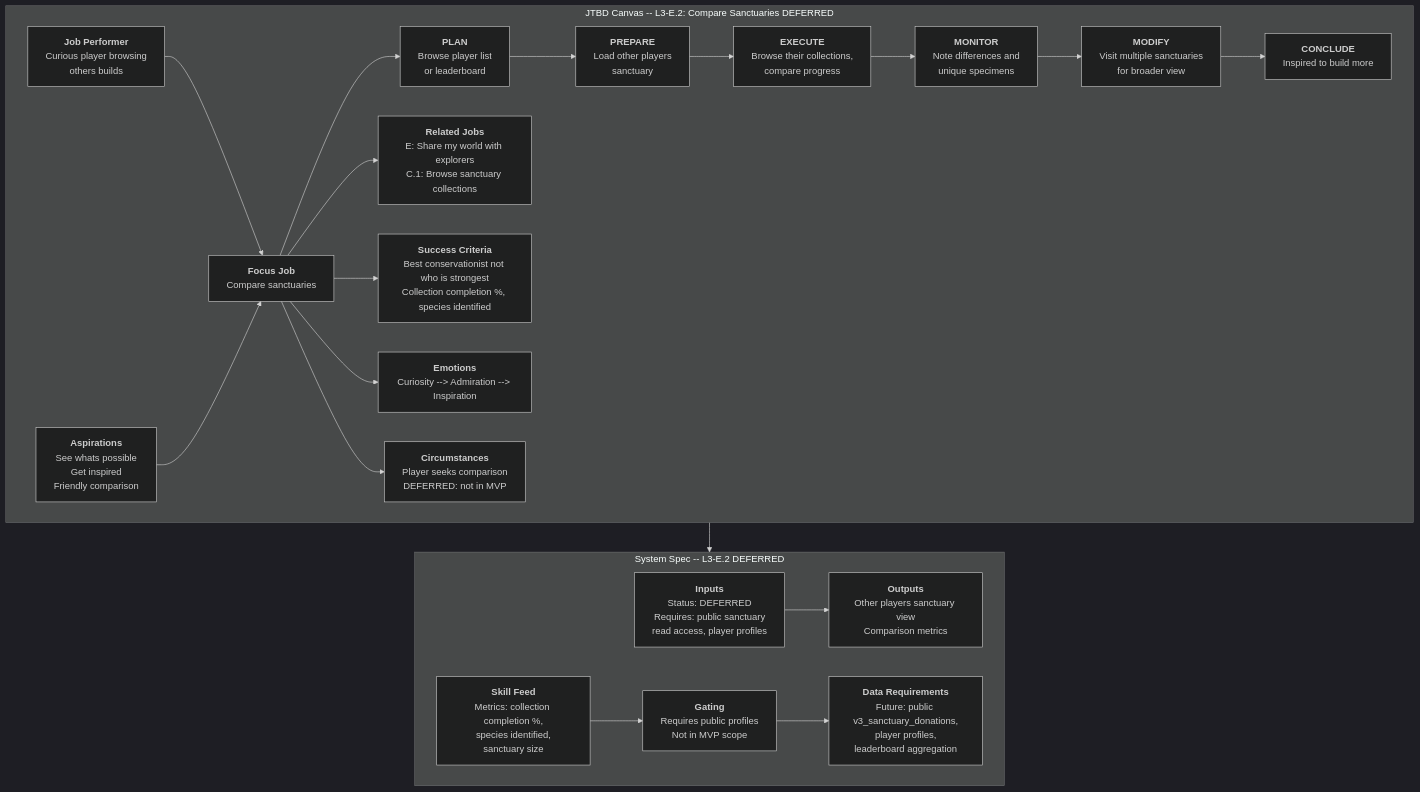
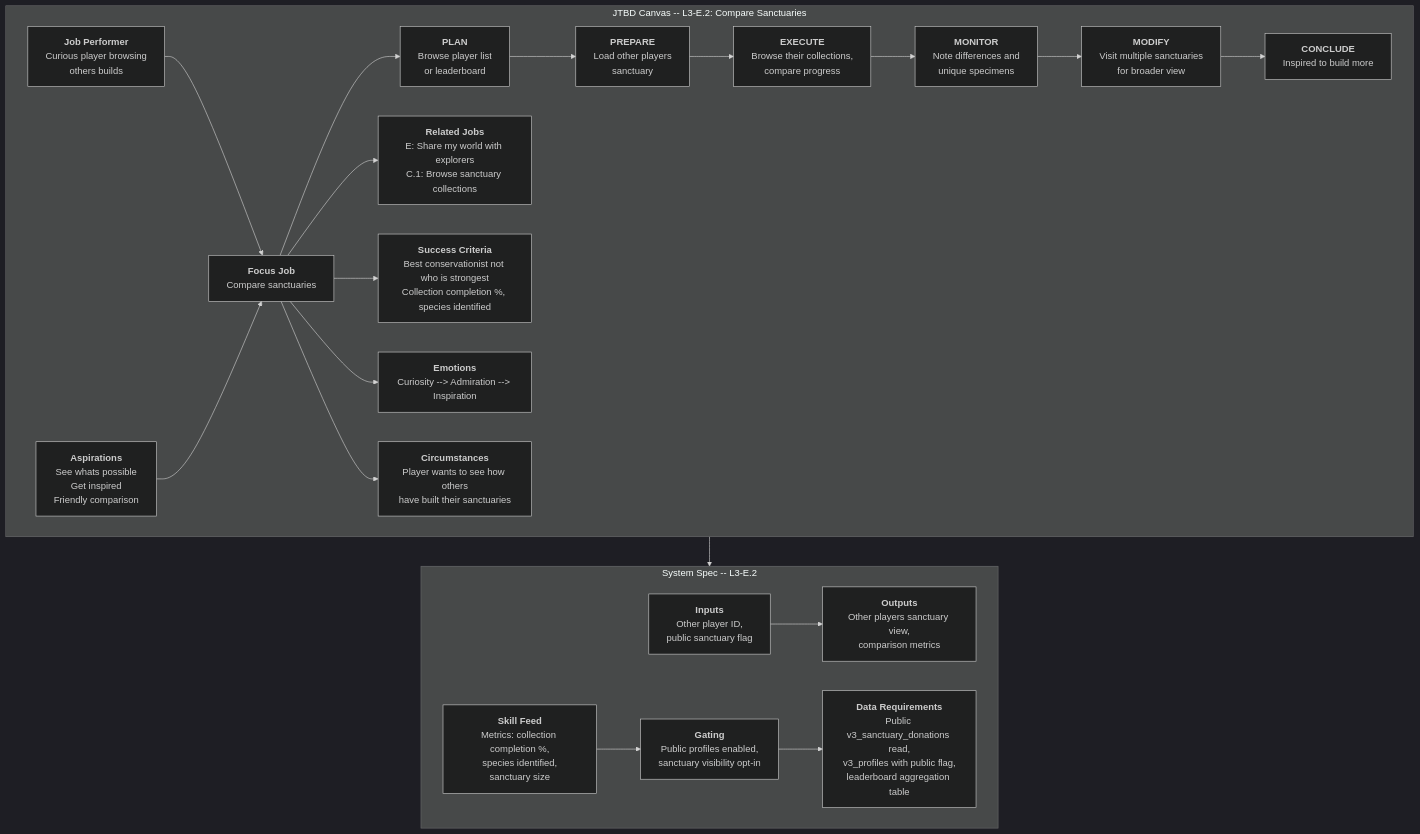
The diagram in docs/diagrams/problem/e2-compare-sanctuaries.mmd (JMLegere/geo-app), drawn with Mermaid (dark theme) before and after one commit. The commit also changed 8 other files, not shown here.

First line of the commit message:
docs: remove all DEFERRED status — everything is in scope

```diff
--- a/docs/diagrams/problem/e2-compare-sanctuaries.mmd
+++ b/docs/diagrams/problem/e2-compare-sanctuaries.mmd
@@ -1,39 +1,39 @@
 flowchart TD
-    subgraph JTBD["JTBD Canvas -- L3-E.2: Compare Sanctuaries DEFERRED"]
+    subgraph JTBD["JTBD Canvas -- L3-E.2: Compare Sanctuaries"]
         JP["<b>Job Performer</b><br/>Curious player browsing<br/>others builds"]
         ASP["<b>Aspirations</b><br/>See whats possible<br/>Get inspired<br/>Friendly comparison"]
         FJ["<b>Focus Job</b><br/>Compare sanctuaries"]
         RJ["<b>Related Jobs</b><br/>E: Share my world with explorers<br/>C.1: Browse sanctuary collections"]
         PLAN["<b>PLAN</b><br/>Browse player list<br/>or leaderboard"]
         PREPARE["<b>PREPARE</b><br/>Load other players<br/>sanctuary"]
         EXECUTE["<b>EXECUTE</b><br/>Browse their collections,<br/>compare progress"]
         MONITOR["<b>MONITOR</b><br/>Note differences and<br/>unique specimens"]
         MODIFY["<b>MODIFY</b><br/>Visit multiple sanctuaries<br/>for broader view"]
         CONCLUDE["<b>CONCLUDE</b><br/>Inspired to build more"]
         SC["<b>Success Criteria</b><br/>Best conservationist not who is strongest<br/>Collection completion %, species identified"]
         EM["<b>Emotions</b><br/>Curiosity --> Admiration --> Inspiration"]
-        CIRC["<b>Circumstances</b><br/>Player seeks comparison<br/>DEFERRED: not in MVP"]
+        CIRC["<b>Circumstances</b><br/>Player wants to see how others<br/>have built their sanctuaries"]
 
         JP --> FJ
         ASP --> FJ
         FJ --> PLAN
         PLAN --> PREPARE --> EXECUTE --> MONITOR --> MODIFY --> CONCLUDE
         FJ --> RJ
         FJ --> SC
         FJ --> EM
         FJ --> CIRC
     end
 
-    subgraph SystemSpec["System Spec -- L3-E.2 DEFERRED"]
-        IN["<b>Inputs</b><br/>Status: DEFERRED<br/>Requires: public sanctuary<br/>read access, player profiles"]
-        OUT["<b>Outputs</b><br/>Other players sanctuary view<br/>Comparison metrics"]
+    subgraph SystemSpec["System Spec -- L3-E.2"]
+        IN["<b>Inputs</b><br/>Other player ID,<br/>public sanctuary flag"]
+        OUT["<b>Outputs</b><br/>Other players sanctuary view,<br/>comparison metrics"]
         SF["<b>Skill Feed</b><br/>Metrics: collection completion %,<br/>species identified,<br/>sanctuary size"]
-        GT["<b>Gating</b><br/>Requires public profiles<br/>Not in MVP scope"]
-        DR["<b>Data Requirements</b><br/>Future: public v3_sanctuary_donations,<br/>player profiles,<br/>leaderboard aggregation"]
+        GT["<b>Gating</b><br/>Public profiles enabled,<br/>sanctuary visibility opt-in"]
+        DR["<b>Data Requirements</b><br/>Public v3_sanctuary_donations read,<br/>v3_profiles with public flag,<br/>leaderboard aggregation table"]
 
         IN --> OUT
         SF --> GT
         GT --> DR
     end
 
     JTBD --> SystemSpec
```
